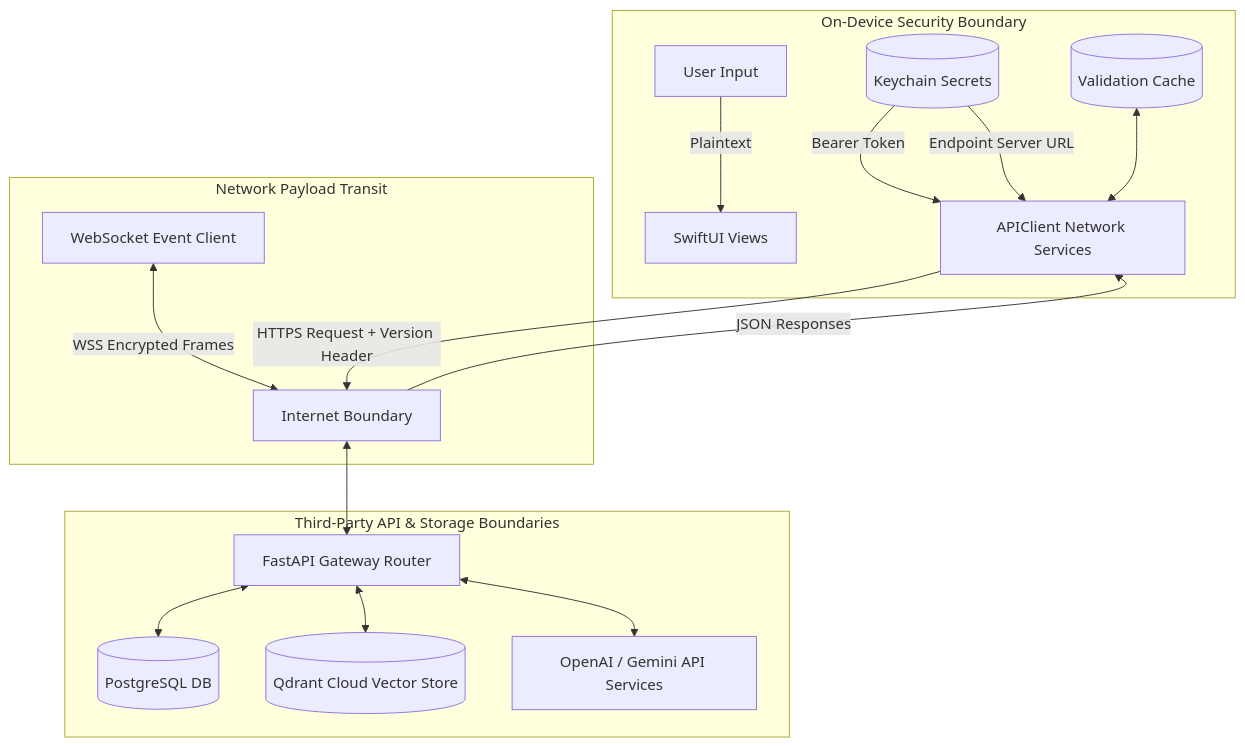
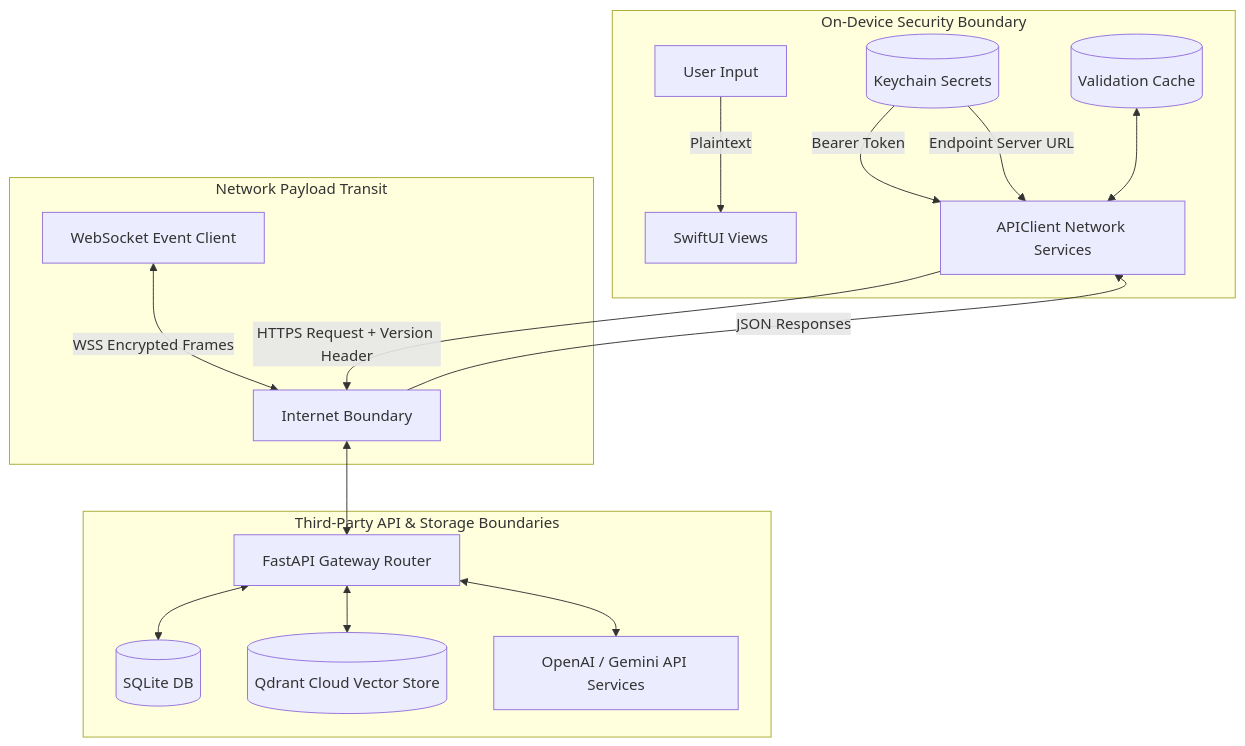
One commit to Gunnarguy/PlaudBlender changed the fourth of 4 diagrams in PlaudBlenderiOS/README.md. Above: the diagram before and after it, drawn with Mermaid. The commit also changed other lines of this file and 2 other files, not shown here.

Commit message:
iOS docs: the backend stores data in SQLite, not PostgreSQL
No backend code uses PostgreSQL; the store is SQLite with Qdrant for vectors. The iOS masterplan still describes a possible PostgreSQL migration as a plan and is unchanged.

````diff
--- a/PlaudBlenderiOS/README.md
+++ b/PlaudBlenderiOS/README.md
@@ -189,22 +189,22 @@
 ```mermaid
 flowchart TD
     subgraph Device ["On-Device Security Boundary"]
         A[User Input] -->|Plaintext| UI[SwiftUI Views]
         S[(Keychain Secrets)] -->|Bearer Token| API[APIClient Network Services]
         S -->|Endpoint Server URL| API
         Cache[(Validation Cache)] <--> API
     end
 
     subgraph Network ["Network Payload Transit"]
         API -->|HTTPS Request + Version Header| Net[Internet Boundary]
         Net -->|JSON Responses| API
         WS[WebSocket Event Client] <-->|WSS Encrypted Frames| Net
     end
 
     subgraph Remote ["Third-Party API & Storage Boundaries"]
         Net <--> Cloud[FastAPI Gateway Router]
-        Cloud <--> SQL[(PostgreSQL DB)]
+        Cloud <--> SQL[(SQLite DB)]
         Cloud <--> Qdr[(Qdrant Cloud Vector Store)]
         Cloud <--> AI[OpenAI / Gemini API Services]
     end
 ```
````
